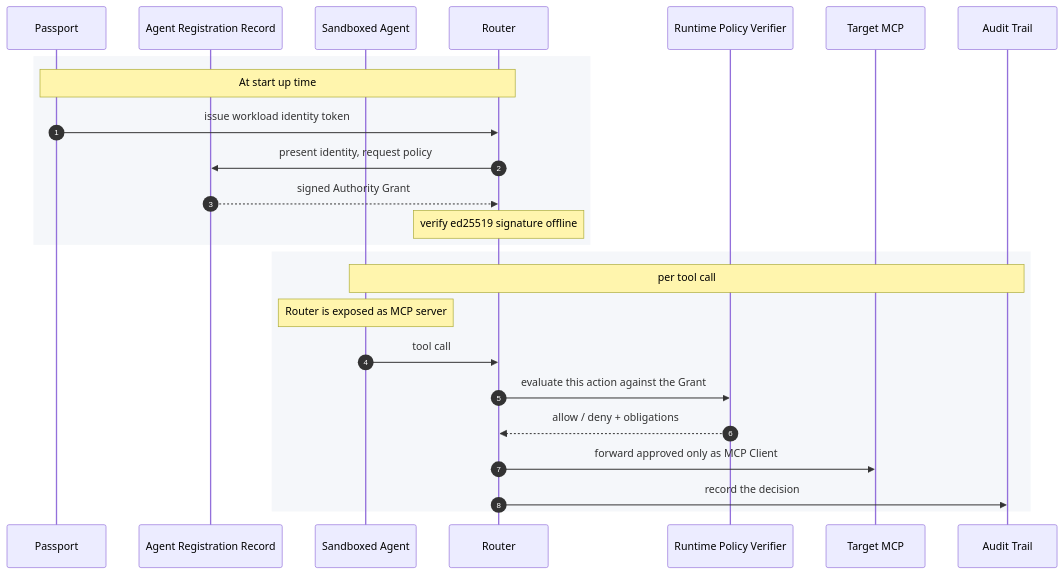
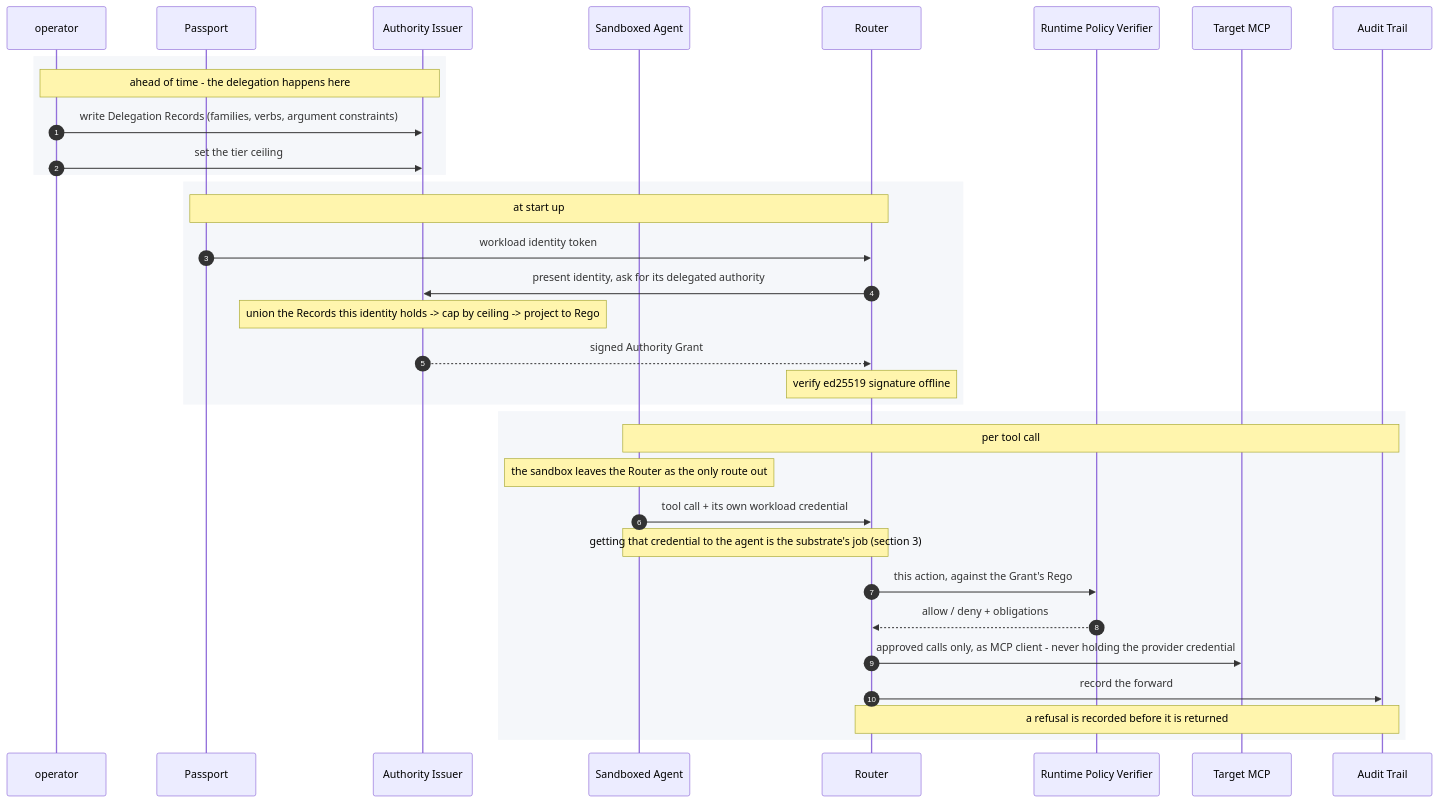
The first of 4 diagrams in contract-harness/docs/run-modes.md (getglad/ws4-odis), drawn with Mermaid before and after one commit. The commit also changed other lines of this file and 5 other files, not shown here.

````diff
--- a/contract-harness/docs/run-modes.md
+++ b/contract-harness/docs/run-modes.md
@@ -39,29 +92,39 @@
 ```mermaid
 sequenceDiagram
     autonumber
+    participant OP as operator
     participant ID as Passport
-    participant ARR as Agent Registration Record
+    participant ISS as Authority Issuer
     participant AG as Sandboxed Agent
     participant R as Router
     participant ENG as Runtime Policy Verifier
     participant V as Target MCP
     participant AUD as Audit Trail
 
     rect rgb(245, 247, 250)
-    Note over ID,R: At start up time
-    ID->>R: issue workload identity token
-    R->>ARR: present identity, request policy
-    ARR-->>R: signed Authority Grant
+    Note over OP,ISS: ahead of time - the delegation happens here
+    OP->>ISS: write Delegation Records (families, verbs, argument constraints)
+    OP->>ISS: set the tier ceiling
+    end
+
+    rect rgb(245, 247, 250)
+    Note over ID,R: at start up
+    ID->>R: workload identity token
+    R->>ISS: present identity, ask for its delegated authority
+    Note over ISS: union the Records this identity holds -> cap by ceiling -> project to Rego
+    ISS-->>R: signed Authority Grant
     Note over R: verify ed25519 signature offline
     end
 
     rect rgb(245, 247, 250)
     Note over AG,AUD: per tool call
-    Note over AG: Router is exposed as MCP server
-    AG->>R: tool call
-    R->>ENG: evaluate this action against the Grant
+    Note over AG: the sandbox leaves the Router as the only route out
+    AG->>R: tool call + its own workload credential
+    Note over AG,R: getting that credential to the agent is the substrate's job (section 3)
+    R->>ENG: this action, against the Grant's Rego
     ENG-->>R: allow / deny + obligations
-    R->>V: forward approved only as MCP Client
-    R->>AUD: record the decision
+    R->>V: approved calls only, as MCP client - never holding the provider credential
+    R->>AUD: record the forward
+    Note over R,AUD: a refusal is recorded before it is returned
     end
 ```
````
